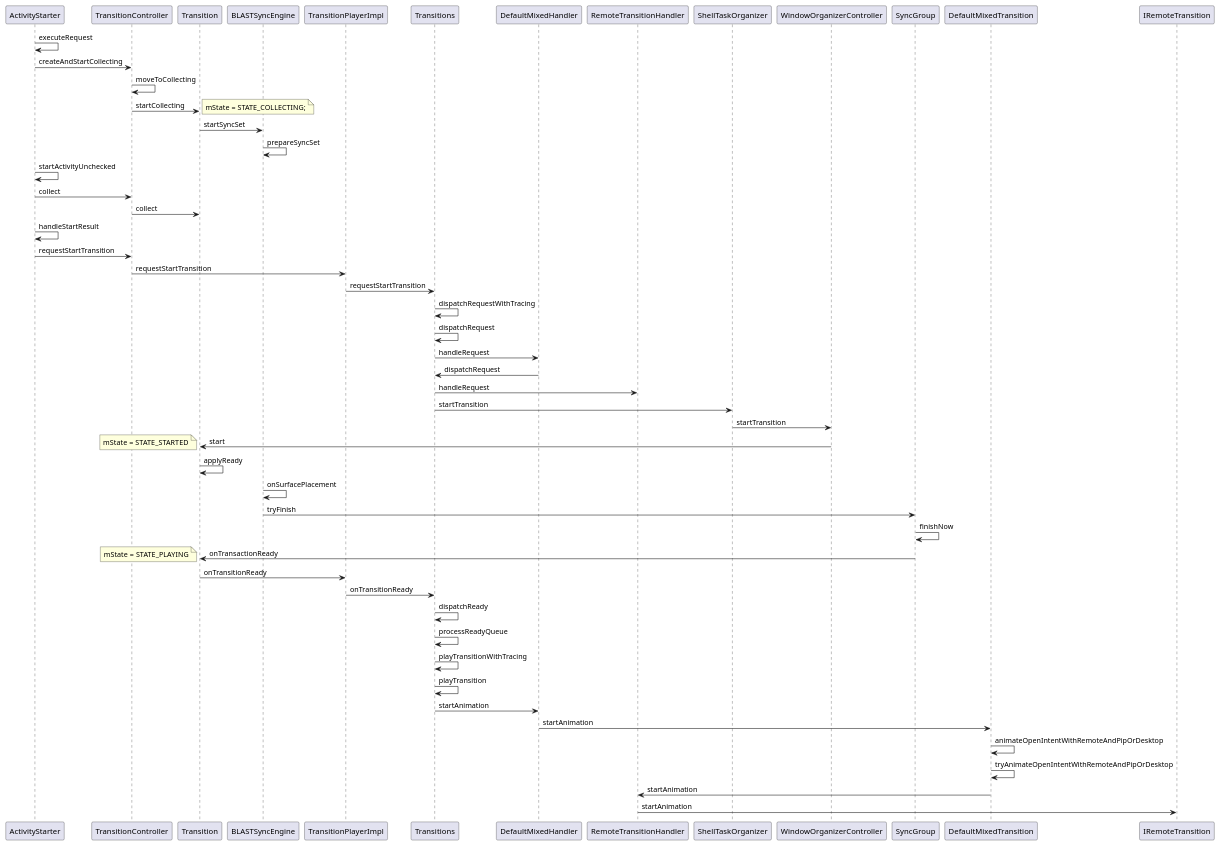
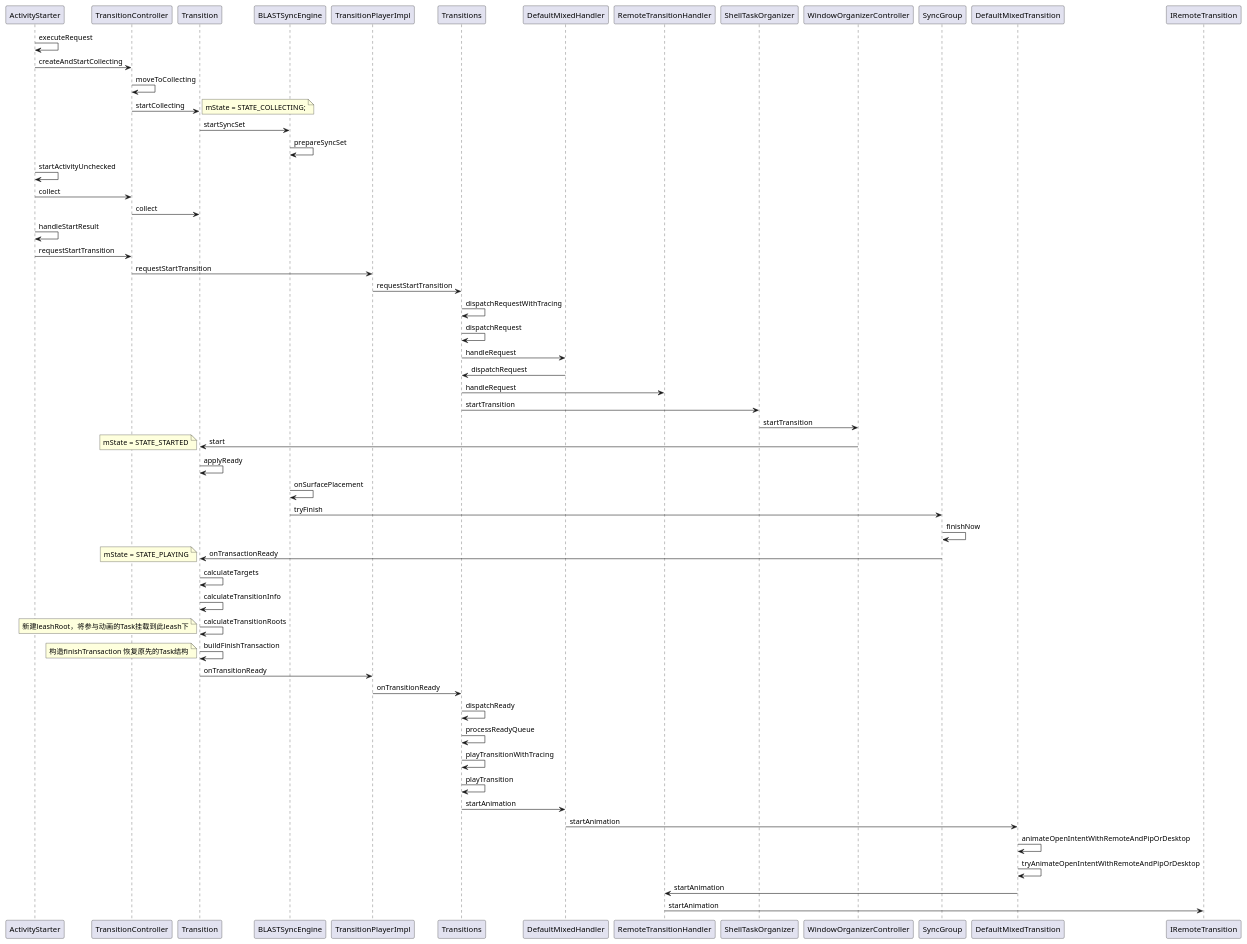
One commit to Ionicliquid/Joeeeee changed the diagram in framework/Shell Transition流程图.puml. Above: the diagram before and after it, drawn with PlantUML. The commit also changed 2 other files, not shown here.

```diff
--- a/framework/Shell Transition流程图.puml
+++ b/framework/Shell Transition流程图.puml
@@ -1,46 +1,52 @@
 @startuml
 'https://plantuml.com/sequence-diagram
 
 ActivityStarter -> ActivityStarter : executeRequest
 ActivityStarter -> TransitionController: createAndStartCollecting
 TransitionController -> TransitionController: moveToCollecting
 TransitionController -> Transition: startCollecting
 note right : mState = STATE_COLLECTING;
 Transition -> BLASTSyncEngine: startSyncSet
 BLASTSyncEngine -> BLASTSyncEngine: prepareSyncSet
 ActivityStarter -> ActivityStarter:startActivityUnchecked
 ActivityStarter -> TransitionController:collect
 TransitionController -> Transition:collect
 
 ActivityStarter -> ActivityStarter: handleStartResult
 ActivityStarter -> TransitionController:requestStartTransition
 TransitionController -> TransitionPlayerImpl:requestStartTransition
 TransitionPlayerImpl -> Transitions: requestStartTransition
 Transitions -> Transitions:dispatchRequestWithTracing
 Transitions -> Transitions:dispatchRequest
 Transitions -> DefaultMixedHandler:handleRequest
 DefaultMixedHandler -> Transitions:dispatchRequest
 Transitions -> RemoteTransitionHandler: handleRequest
 Transitions -> ShellTaskOrganizer:startTransition
 ShellTaskOrganizer -> WindowOrganizerController:startTransition
 WindowOrganizerController -> Transition:start
 note left : mState = STATE_STARTED
 Transition -> Transition:applyReady
 BLASTSyncEngine -> BLASTSyncEngine:onSurfacePlacement
 BLASTSyncEngine -> SyncGroup:tryFinish
 SyncGroup -> SyncGroup:finishNow
 SyncGroup -> Transition:onTransactionReady
 note left:mState = STATE_PLAYING
+Transition -> Transition:calculateTargets
+Transition -> Transition:calculateTransitionInfo
+Transition -> Transition:calculateTransitionRoots
+note left: 新建leashRoot，将参与动画的Task挂载到此leash下
+Transition -> Transition: buildFinishTransaction
+note left: 构造finishTransaction 恢复原先的Task结构
 Transition -> TransitionPlayerImpl:onTransitionReady
 TransitionPlayerImpl -> Transitions:onTransitionReady
 Transitions -> Transitions:dispatchReady
 Transitions -> Transitions:processReadyQueue
 Transitions -> Transitions:playTransitionWithTracing
 Transitions -> Transitions:playTransition
 Transitions -> DefaultMixedHandler:startAnimation
 DefaultMixedHandler -> DefaultMixedTransition:startAnimation
 DefaultMixedTransition -> DefaultMixedTransition:animateOpenIntentWithRemoteAndPipOrDesktop
 DefaultMixedTransition -> DefaultMixedTransition:tryAnimateOpenIntentWithRemoteAndPipOrDesktop
 DefaultMixedTransition -> RemoteTransitionHandler:startAnimation
 RemoteTransitionHandler -> IRemoteTransition:startAnimation
 @enduml
```
